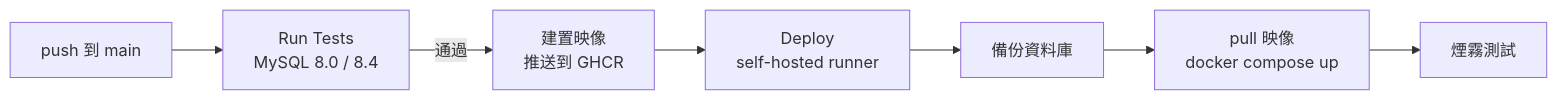
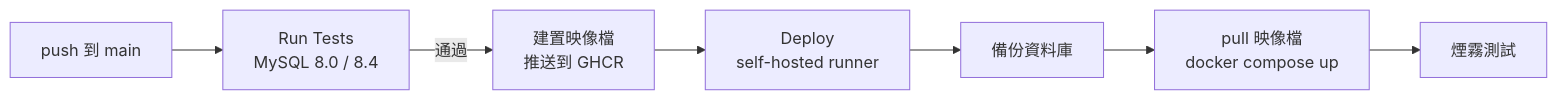
Before and after one commit to ruserxd/CodeManageSystem_ForNSTCproject: the seventh of 7 diagrams in docs/README.md, drawn with Mermaid. The commit also changed other lines of this file, not shown here.

````diff
--- a/docs/README.md
+++ b/docs/README.md
@@ -255,9 +255,9 @@
 ```mermaid
 flowchart LR
     A["push 到 main"] --> B["Run Tests<br/>MySQL 8.0 / 8.4"]
-    B -->|通過| C["建置映像<br/>推送到 GHCR"]
+    B -->|通過| C["建置映像檔<br/>推送到 GHCR"]
     C --> D["Deploy<br/>self-hosted runner"]
     D --> E["備份資料庫"]
-    E --> F["pull 映像<br/>docker compose up"]
+    E --> F["pull 映像檔<br/>docker compose up"]
     F --> G["煙霧測試"]
 ```
````
